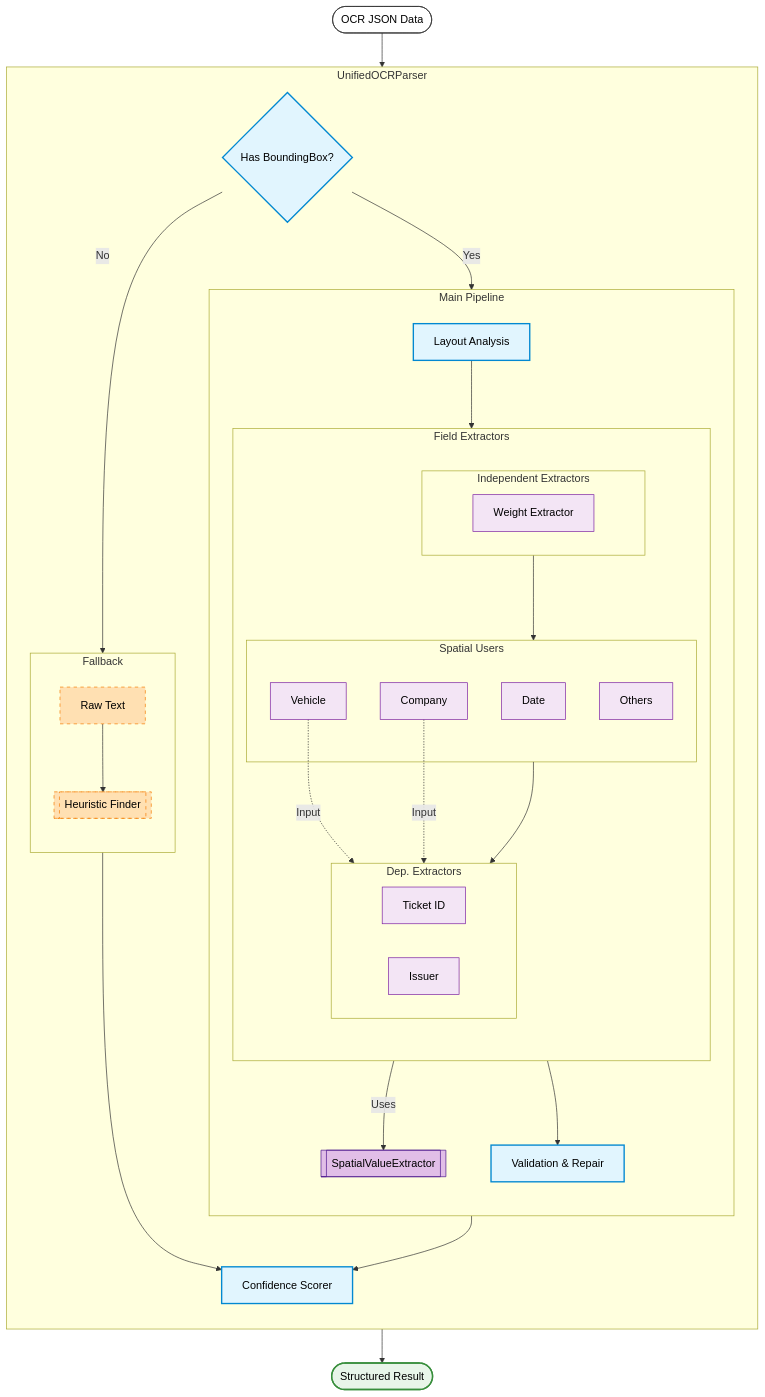
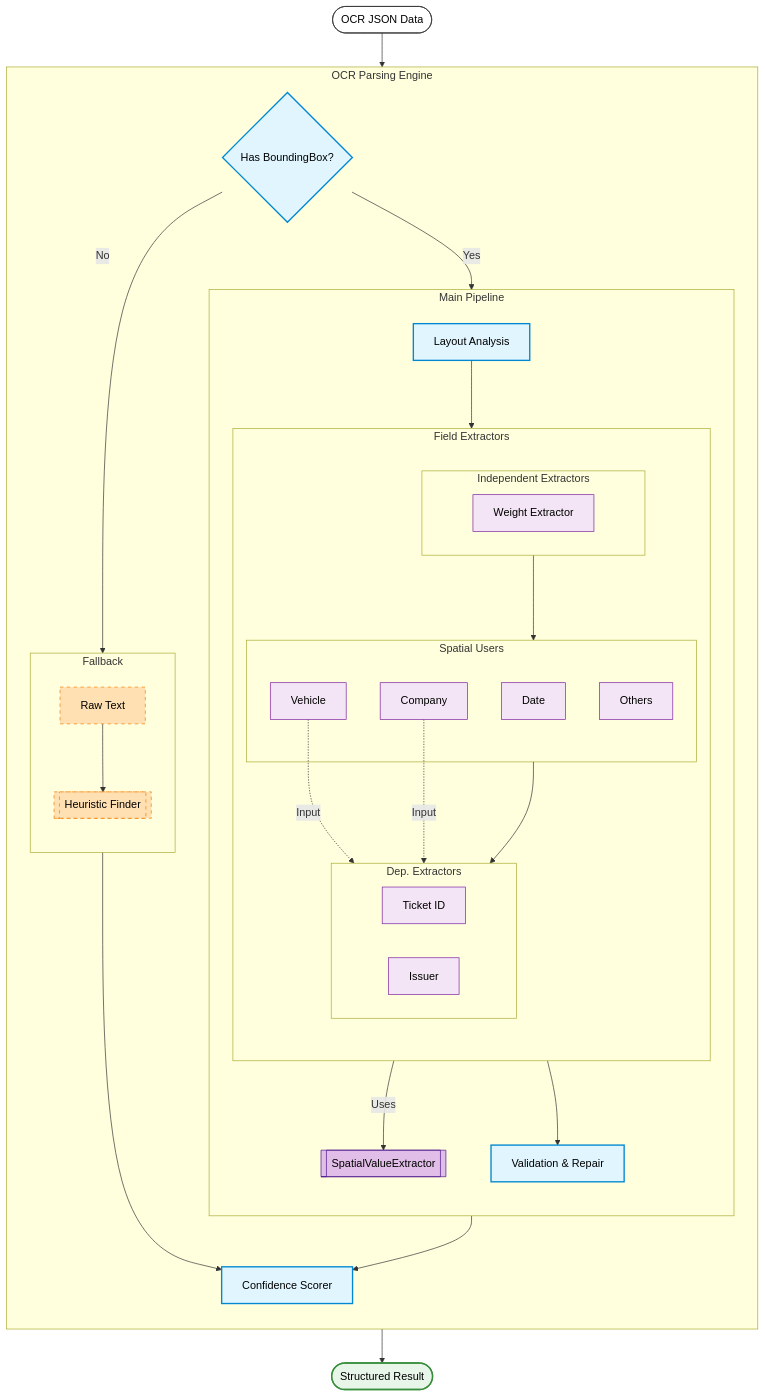
Before and after one commit to dmseong/ocr_parsing: the diagram in README.md, drawn with Mermaid. The commit also changed other lines of this file and 1 other file, not shown here.

```diff
--- a/README.md
+++ b/README.md
@@ -87,7 +87,7 @@
     Start([OCR JSON Data]):::input
     ParsedResult([Structured Result]):::output
     
-    subgraph UnifiedParser [UnifiedOCRParser]
+    subgraph UnifiedParser [OCR Parsing Engine]
         direction TB
         CheckBBox{"Has BoundingBox?"}:::mainFlow
         
```
